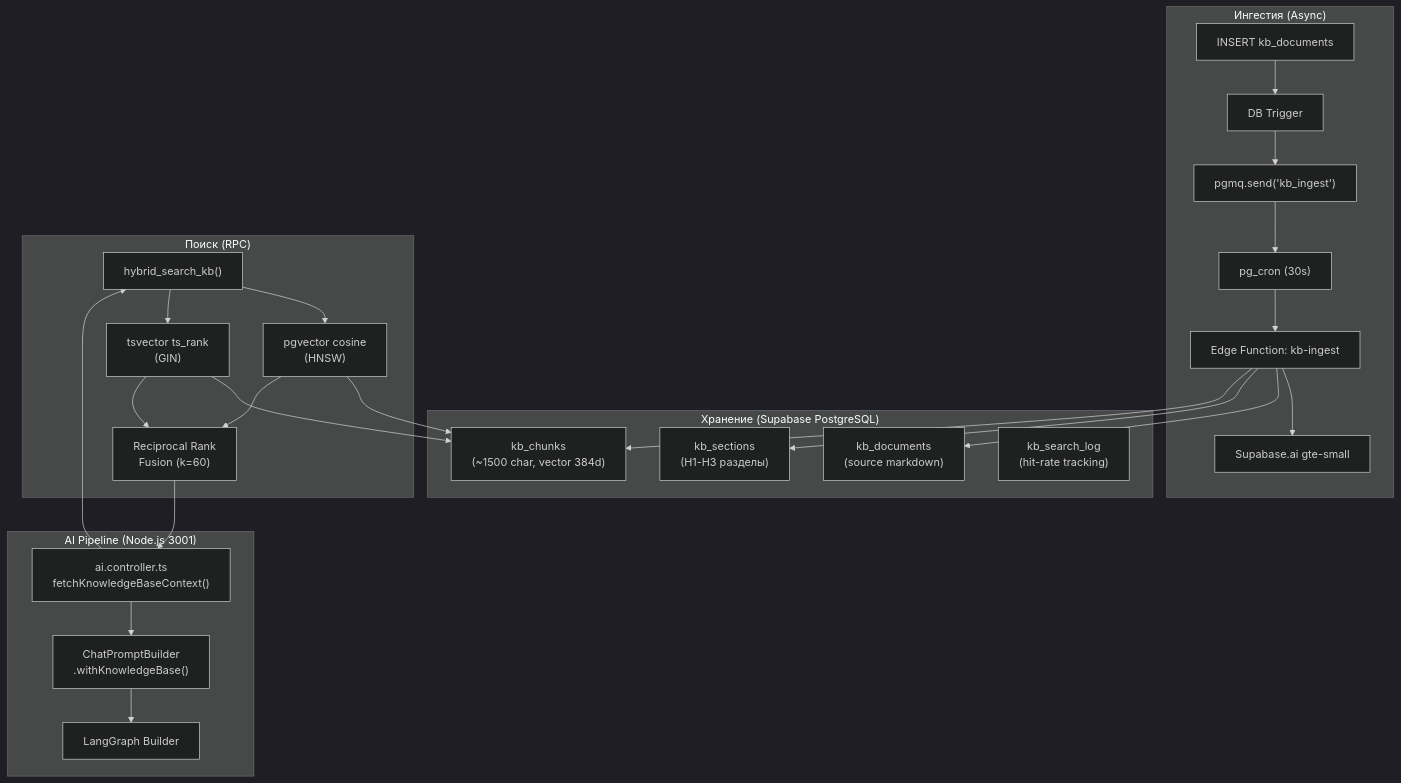
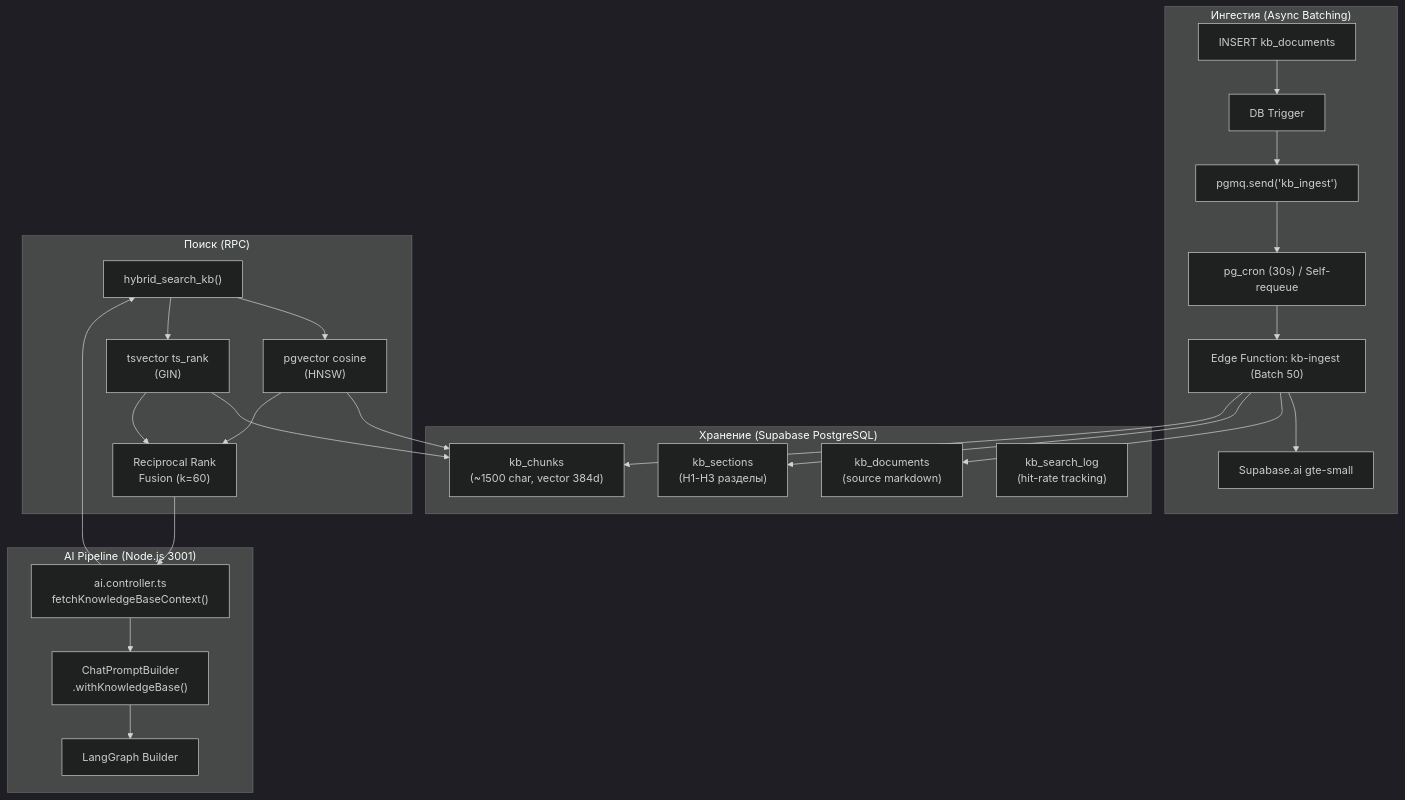
Before and after one commit to S4rikk/vitograph: the first of 4 diagrams in docs/kb_architecture.md, drawn with Mermaid (dark theme). The commit also changed other lines of this file and 23 other files, not shown here.

````diff
--- a/docs/kb_architecture.md
+++ b/docs/kb_architecture.md
@@ -23,45 +23,45 @@
 ```mermaid
 graph TB
-    subgraph "Ингестия (Async)"
+    subgraph "Ингестия (Async Batching)"
         INS["INSERT kb_documents"]
         TRG["DB Trigger"]
         Q["pgmq.send('kb_ingest')"]
-        CRON["pg_cron (30s)"]
-        EF["Edge Function: kb-ingest"]
+        CRON["pg_cron (30s) / Self-requeue"]
+        EF["Edge Function: kb-ingest (Batch 50)"]
         AI["Supabase.ai gte-small"]
     end
 
     subgraph "Хранение (Supabase PostgreSQL)"
         DOC["kb_documents<br/>(source markdown)"]
         SEC["kb_sections<br/>(H1-H3 разделы)"]
         CHK["kb_chunks<br/>(~1500 char, vector 384d)"]
         LOG["kb_search_log<br/>(hit-rate tracking)"]
     end
 
     subgraph "Поиск (RPC)"
         RPC["hybrid_search_kb()"]
         SEM["pgvector cosine<br/>(HNSW)"]
         LEX["tsvector ts_rank<br/>(GIN)"]
         RRF["Reciprocal Rank<br/>Fusion (k=60)"]
     end
 
     subgraph "AI Pipeline (Node.js 3001)"
         CTRL["ai.controller.ts<br/>fetchKnowledgeBaseContext()"]
         CPB["ChatPromptBuilder<br/>.withKnowledgeBase()"]
         BUILDER["LangGraph Builder"]
     end
 
     INS --> TRG --> Q --> CRON --> EF
     EF --> AI
     EF --> DOC
     EF --> SEC
     EF --> CHK
 
     CTRL --> RPC
     RPC --> SEM --> CHK
     RPC --> LEX --> CHK
     SEM --> RRF
     LEX --> RRF
     RRF --> CTRL
     CTRL --> CPB --> BUILDER
 ```
````
